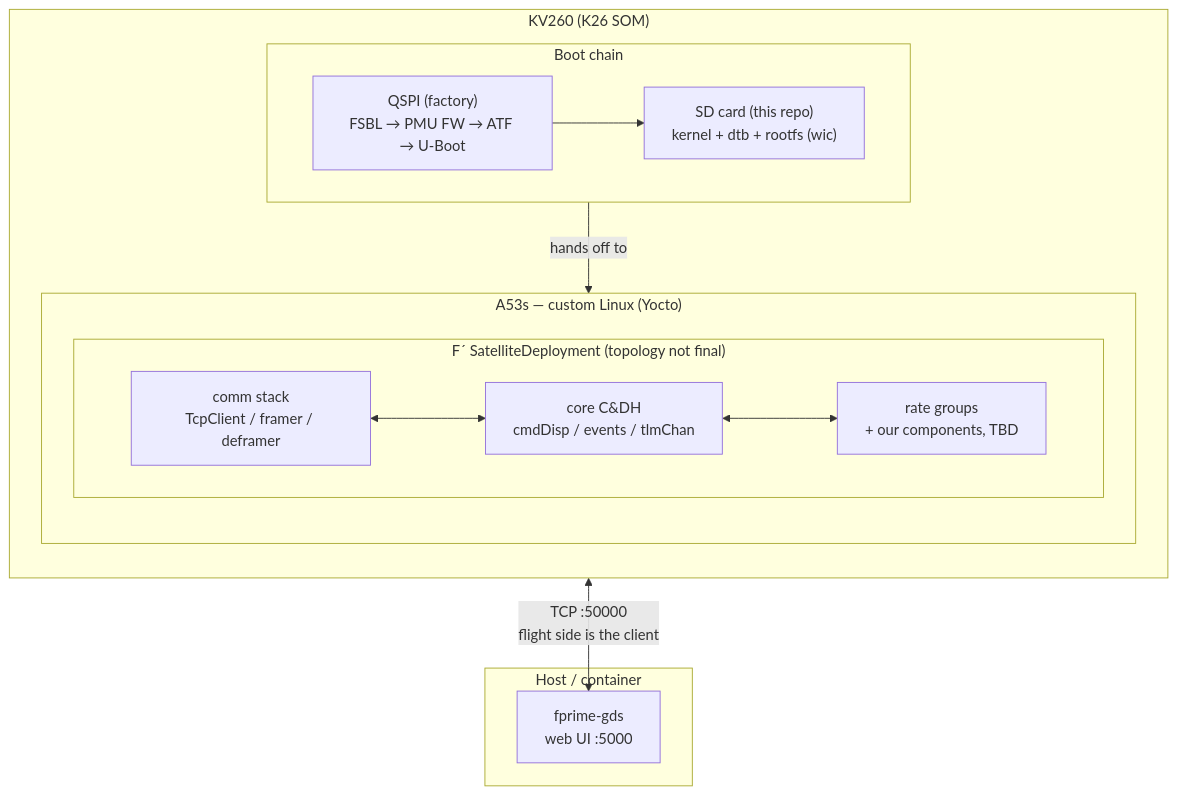
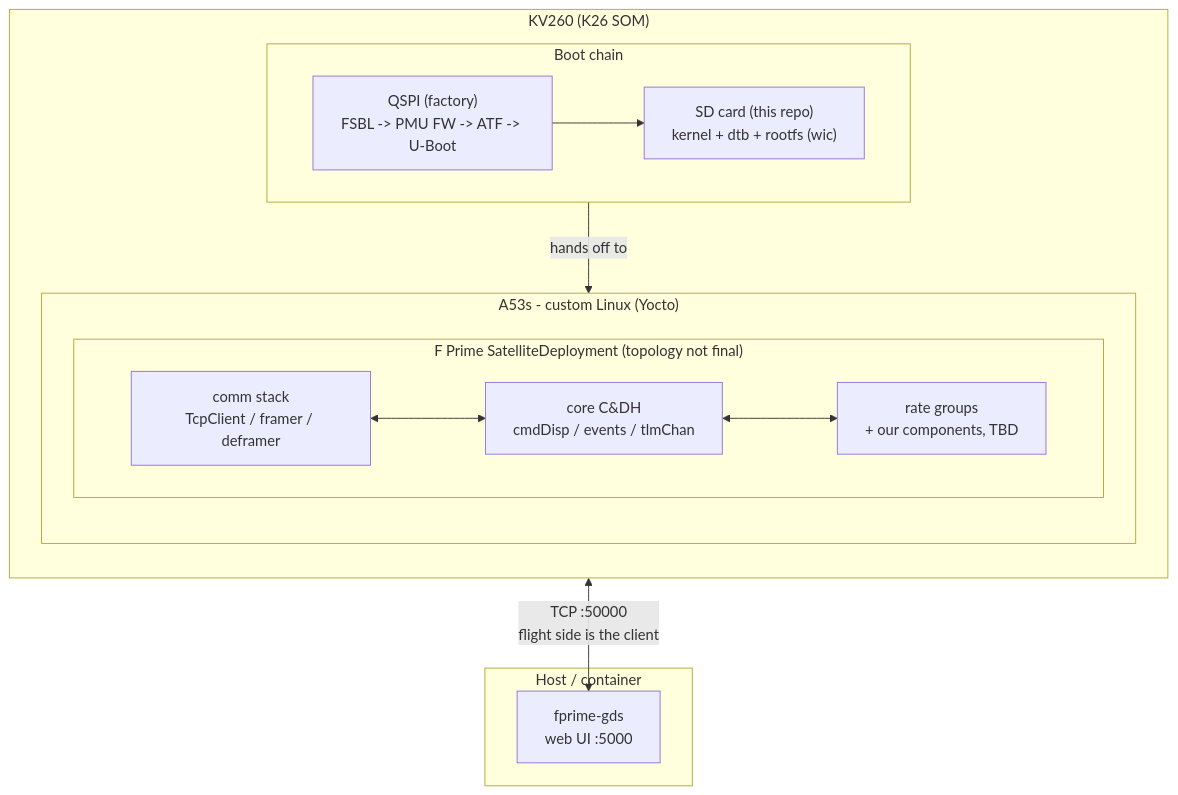
The diagram in README.md (tristanalderson/satellite-bus-emulator), drawn with Mermaid before and after one commit. The commit also changed other lines of this file and 12 other files, not shown here.

````diff
--- a/README.md
+++ b/README.md
@@ -19,25 +19,25 @@
 ```mermaid
 flowchart TB
     subgraph kv260["KV260 (K26 SOM)"]
         direction TB
         subgraph boot["Boot chain"]
             direction LR
-            qspi["QSPI (factory)<br/>FSBL → PMU FW → ATF → U-Boot"] --> sd["SD card (this repo)<br/>kernel + dtb + rootfs (wic)"]
+            qspi["QSPI (factory)<br/>FSBL -> PMU FW -> ATF -> U-Boot"] --> sd["SD card (this repo)<br/>kernel + dtb + rootfs (wic)"]
         end
-        subgraph apu["A53s — custom Linux (Yocto)"]
+        subgraph apu["A53s - custom Linux (Yocto)"]
             direction TB
-            subgraph fsw["F´ SatelliteDeployment (topology not final)"]
+            subgraph fsw["F Prime SatelliteDeployment (topology not final)"]
                 direction LR
                 comm["comm stack<br/>TcpClient / framer / deframer"] <--> cdh["core C&DH<br/>cmdDisp / events / tlmChan"]
                 cdh <--> rg["rate groups<br/>+ our components, TBD"]
             end
         end
         boot -->|"hands off to"| apu
     end
     subgraph host["Host / container"]
         gds["fprime-gds<br/>web UI :5000"]
     end
     comm <-->|"TCP :50000<br/>flight side is the client"| gds
 
-    %% RPU (R5F) and PL are idle for now — Linux-only bring-up first.
+    %% RPU (R5F) and PL are idle for now - Linux-only bring-up first.
 ```
````
